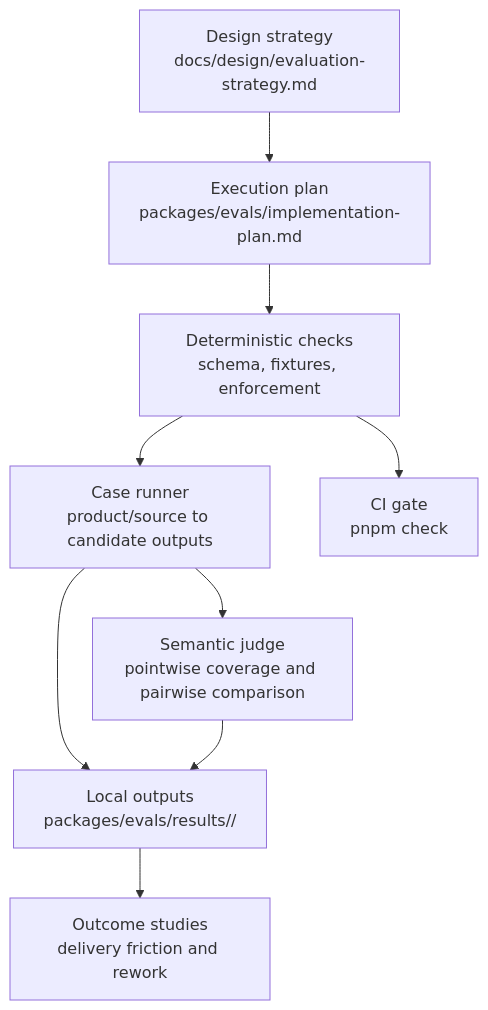
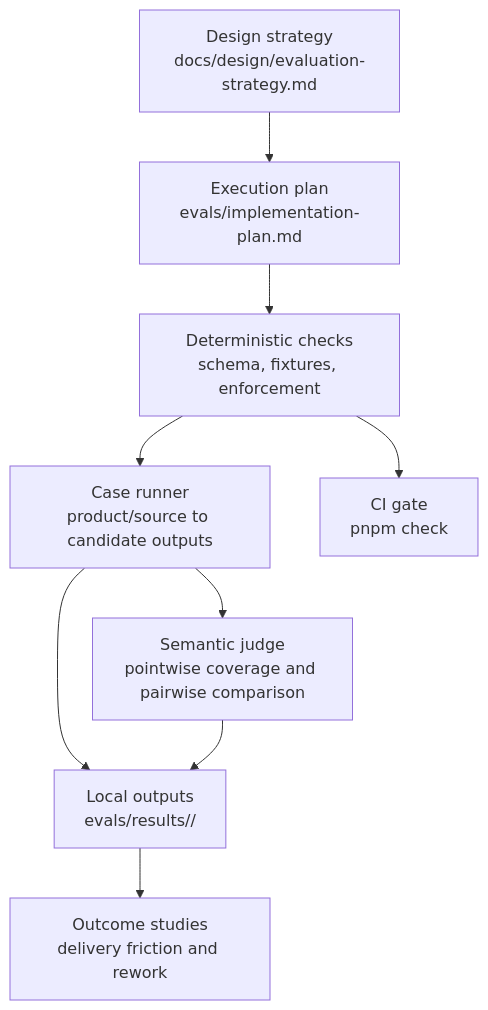
The diagram in evals/implementation-plan.md (agentic-workflow-kit/technical-design), drawn with Mermaid before and after one commit. The commit also changed other lines of this file and 13 other files, not shown here.

````diff
--- a/evals/implementation-plan.md
+++ b/evals/implementation-plan.md
@@ -24,20 +24,20 @@
 ```mermaid
 flowchart TD
     Design["Design strategy<br/>docs/design/evaluation-strategy.md"]
-    Plan["Execution plan<br/>packages/evals/implementation-plan.md"]
+    Plan["Execution plan<br/>evals/implementation-plan.md"]
     Deterministic["Deterministic checks<br/>schema, fixtures, enforcement"]
     Cases["Case runner<br/>product/source to candidate outputs"]
     Judge["Semantic judge<br/>pointwise coverage and pairwise comparison"]
     Outcomes["Outcome studies<br/>delivery friction and rework"]
     Gate["CI gate<br/>pnpm check"]
-    Results["Local outputs<br/>packages/evals/results/<run-id>/"]
+    Results["Local outputs<br/>evals/results/<run-id>/"]
 
     Design --> Plan
     Plan --> Deterministic
     Deterministic --> Gate
     Deterministic --> Cases
     Cases --> Results
     Cases --> Judge
     Judge --> Results
     Results --> Outcomes
 ```
````
